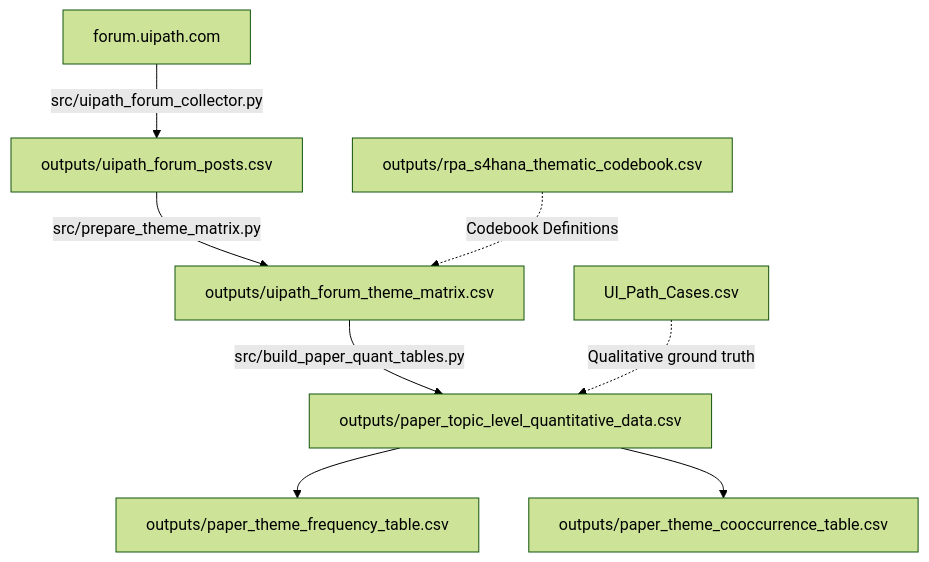
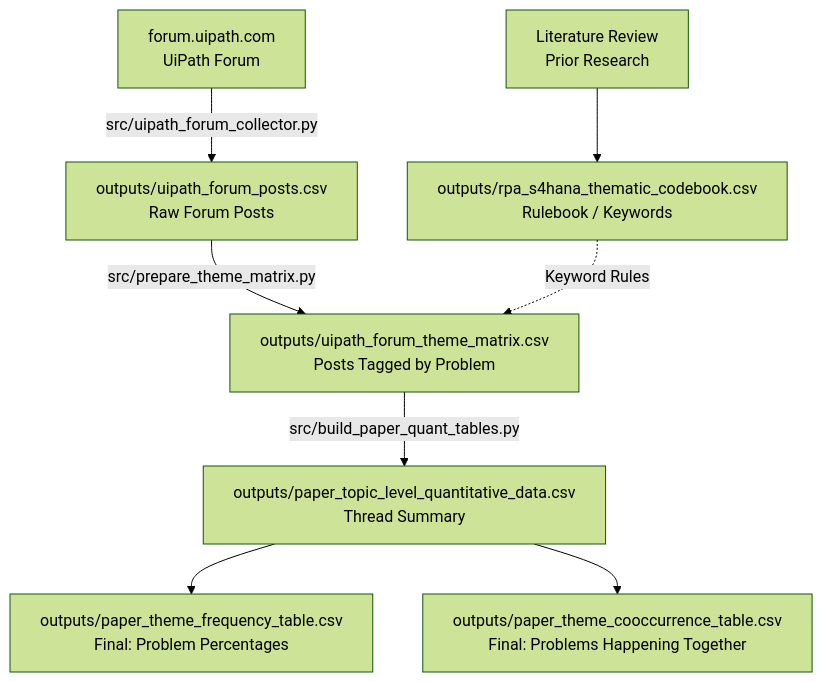
One commit to anish-001/Ui-path-web-scrape changed the diagram in README.md. Above: the diagram before and after it, drawn with Mermaid (forest theme). The commit also changed other lines of this file and 2 other files, not shown here.

Commit message:
delUpdate README and outputs

````diff
--- a/README.md
+++ b/README.md
@@ -79,10 +80,13 @@
 ```mermaid
 graph TD
-    A[forum.uipath.com] -->|src/uipath_forum_collector.py| B[outputs/uipath_forum_posts.csv]
-    B -->|src/prepare_theme_matrix.py| C[outputs/uipath_forum_theme_matrix.csv]
-    C -->|src/build_paper_quant_tables.py| D[outputs/paper_topic_level_quantitative_data.csv]
-    D --> E[outputs/paper_theme_frequency_table.csv]
-    D --> F[outputs/paper_theme_cooccurrence_table.csv]
-    G[UI_Path_Cases.csv] -.->|Qualitative ground truth| D
-    H[outputs/rpa_s4hana_thematic_codebook.csv] -.->|Codebook Definitions| C
+    A[forum.uipath.com<br/>UiPath Forum] -->|src/uipath_forum_collector.py| B[outputs/uipath_forum_posts.csv<br/>Raw Forum Posts]
+    
+    LR[Literature Review<br/>Prior Research] --> CB[outputs/rpa_s4hana_thematic_codebook.csv<br/>Rulebook / Keywords]
+
+    B -->|src/prepare_theme_matrix.py| C[outputs/uipath_forum_theme_matrix.csv<br/>Posts Tagged by Problem]
+    CB -.->|Keyword Rules| C
+
+    C -->|src/build_paper_quant_tables.py| D[outputs/paper_topic_level_quantitative_data.csv<br/>Thread Summary]
+    D --> E[outputs/paper_theme_frequency_table.csv<br/>Final: Problem Percentages]
+    D --> F[outputs/paper_theme_cooccurrence_table.csv<br/>Final: Problems Happening Together]
 ```
````
